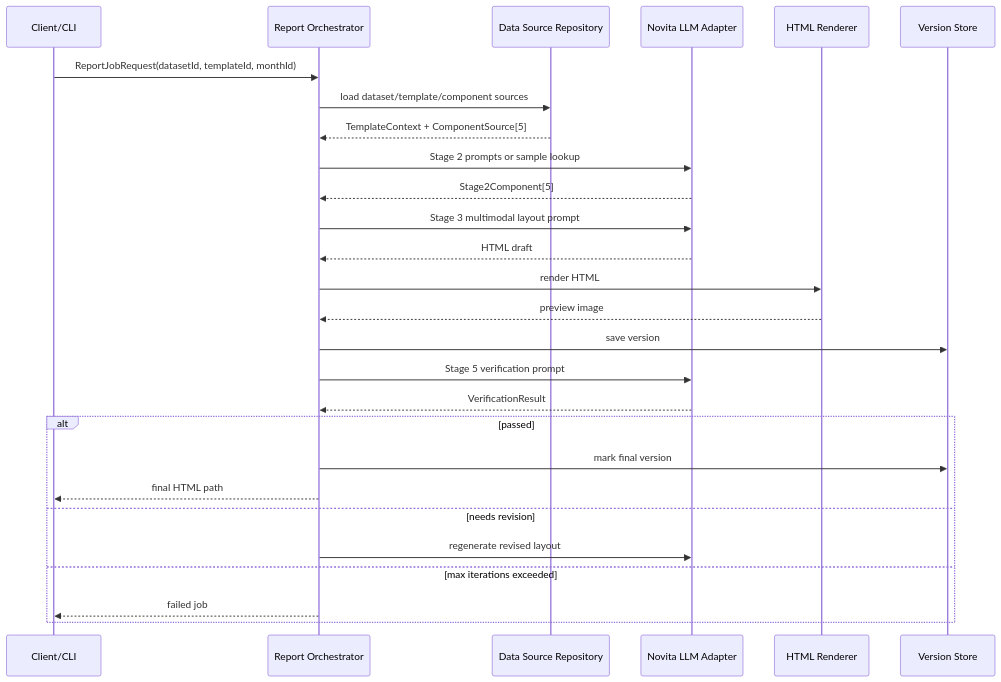
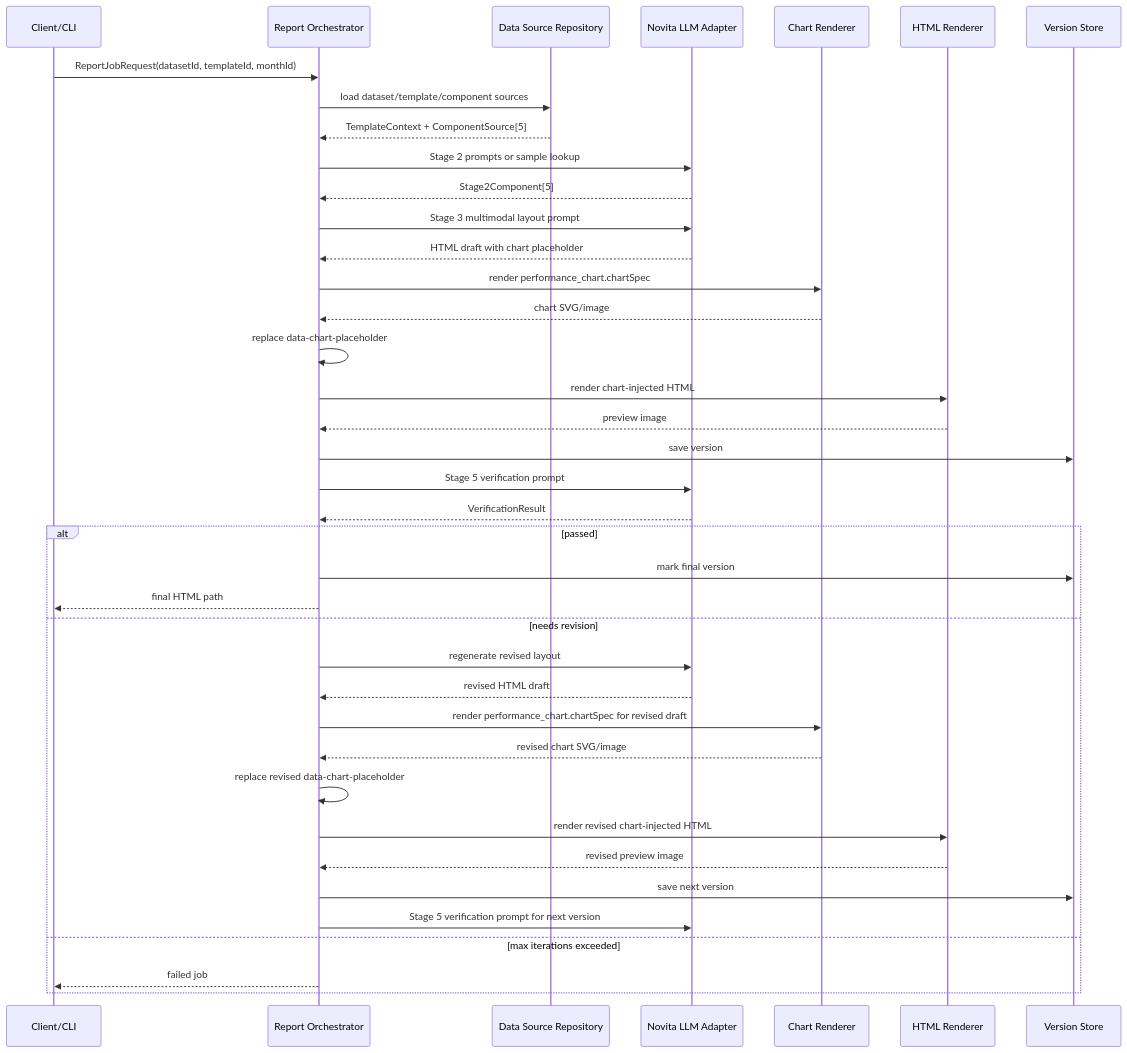
One commit to kbh0083/report-builder changed the second of 4 diagrams in document/plan/리포트_엔진_아키텍처_문서-20260527.md. Above: the diagram before and after it, drawn with Mermaid. The commit also changed other lines of this file and 36 other files, not shown here.

Commit message:
feat: add stage4 rendering and prompt artifacts

````diff
--- a/document/plan/리포트_엔진_아키텍처_문서-20260527.md
+++ b/document/plan/리포트_엔진_아키텍처_문서-20260527.md
@@ -84,30 +85,42 @@
 ```mermaid
 sequenceDiagram
     participant C as Client/CLI
     participant O as Report Orchestrator
     participant D as Data Source Repository
     participant L as Novita LLM Adapter
+    participant G as Chart Renderer
     participant R as HTML Renderer
     participant V as Version Store
 
     C->>O: ReportJobRequest(datasetId, templateId, monthId)
     O->>D: load dataset/template/component sources
     D-->>O: TemplateContext + ComponentSource[5]
     O->>L: Stage 2 prompts or sample lookup
     L-->>O: Stage2Component[5]
     O->>L: Stage 3 multimodal layout prompt
-    L-->>O: HTML draft
-    O->>R: render HTML
+    L-->>O: HTML draft with chart placeholder
+    O->>G: render performance_chart.chartSpec
+    G-->>O: chart SVG/image
+    O->>O: replace data-chart-placeholder
+    O->>R: render chart-injected HTML
     R-->>O: preview image
     O->>V: save version
     O->>L: Stage 5 verification prompt
     L-->>O: VerificationResult
     alt passed
         O->>V: mark final version
         O-->>C: final HTML path
     else needs revision
         O->>L: regenerate revised layout
+        L-->>O: revised HTML draft
+        O->>G: render performance_chart.chartSpec for revised draft
+        G-->>O: revised chart SVG/image
+        O->>O: replace revised data-chart-placeholder
+        O->>R: render revised chart-injected HTML
+        R-->>O: revised preview image
+        O->>V: save next version
+        O->>L: Stage 5 verification prompt for next version
     else max iterations exceeded
         O-->>C: failed job
     end
 ```
````
